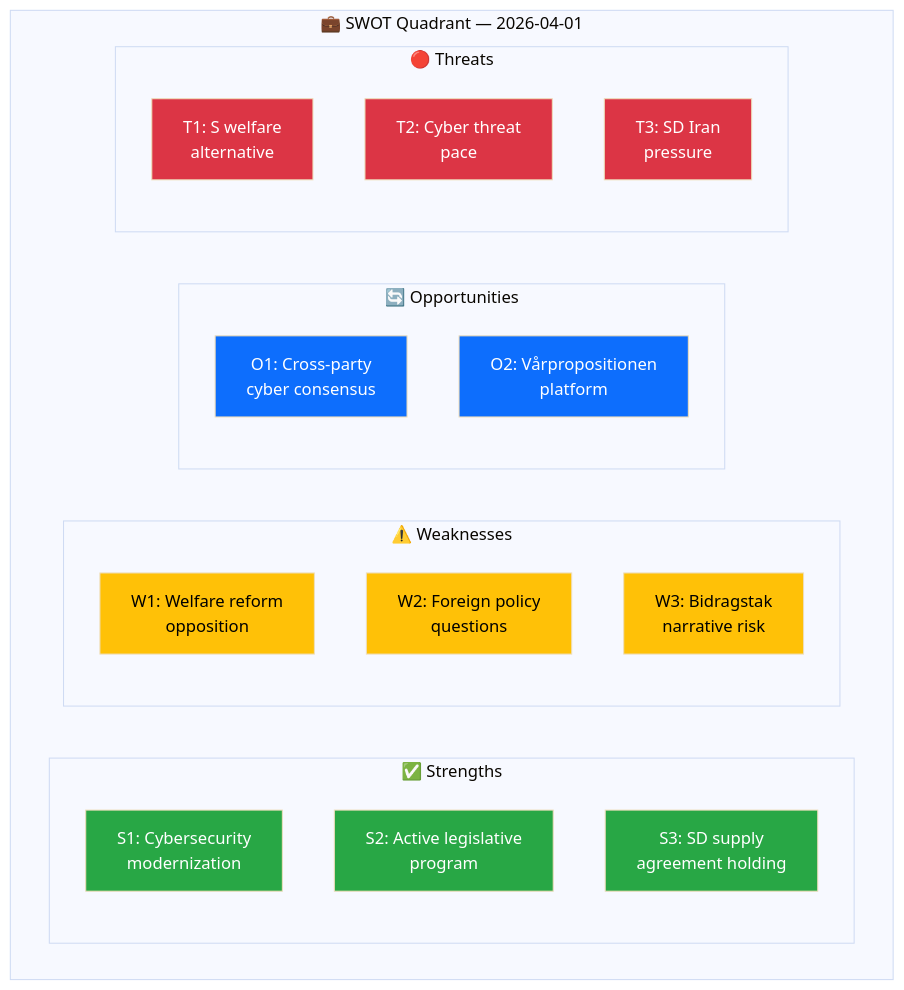
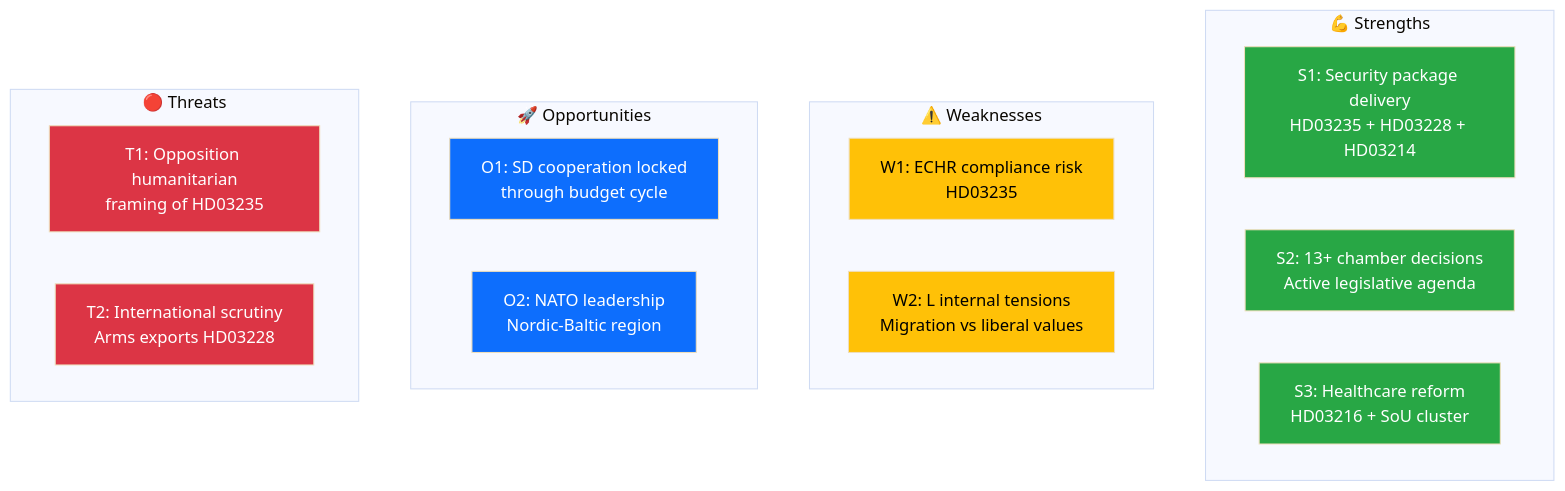
The first of 2 diagrams in analysis/daily/2026-04-01/swot-analysis.md (Hack23/riksdagsmonitor), drawn with Mermaid (base theme) before and after one commit. The commit also changed other lines of this file and 74 other files, not shown here.

First line of the commit message:
📊 Analysis: Security Package & Healthcare Reform - 2026-04-01

````diff
--- a/analysis/daily/2026-04-01/swot-analysis.md
+++ b/analysis/daily/2026-04-01/swot-analysis.md
@@ -66,36 +26,30 @@
 ```mermaid
 graph TD
-    subgraph "💼 SWOT Quadrant — 2026-04-01"
-        subgraph "✅ Strengths"
-            S1["S1: Cybersecurity<br/>modernization"]
-            S2["S2: Active legislative<br/>program"]
-            S3["S3: SD supply<br/>agreement holding"]
-        end
-        subgraph "⚠️ Weaknesses"
-            W1["W1: Welfare reform<br/>opposition"]
-            W2["W2: Foreign policy<br/>questions"]
-            W3["W3: Bidragstak<br/>narrative risk"]
-        end
-        subgraph "🔄 Opportunities"
-            O1["O1: Cross-party<br/>cyber consensus"]
-            O2["O2: Vårpropositionen<br/>platform"]
-        end
-        subgraph "🔴 Threats"
-            T1["T1: S welfare<br/>alternative"]
-            T2["T2: Cyber threat<br/>pace"]
-            T3["T3: SD Iran<br/>pressure"]
-        end
+    subgraph "💪 Strengths"
+        S1["S1: Security package delivery<br/>HD03235 + HD03228 + HD03214"]
+        S2["S2: 13+ chamber decisions<br/>Active legislative agenda"]
+        S3["S3: Healthcare reform<br/>HD03216 + SoU cluster"]
+    end
+    subgraph "⚠️ Weaknesses"
+        W1["W1: ECHR compliance risk<br/>HD03235"]
+        W2["W2: L internal tensions<br/>Migration vs liberal values"]
+    end
+    subgraph "🚀 Opportunities"
+        O1["O1: SD cooperation locked<br/>through budget cycle"]
+        O2["O2: NATO leadership<br/>Nordic-Baltic region"]
+    end
+    subgraph "🔴 Threats"
+        T1["T1: Opposition humanitarian<br/>framing of HD03235"]
+        T2["T2: International scrutiny<br/>Arms exports HD03228"]
     end
 
     style S1 fill:#28a745,color:#fff
     style S2 fill:#28a745,color:#fff
     style S3 fill:#28a745,color:#fff
     style W1 fill:#ffc107,color:#000
     style W2 fill:#ffc107,color:#000
-    style W3 fill:#ffc107,color:#000
     style O1 fill:#0d6efd,color:#fff
     style O2 fill:#0d6efd,color:#fff
     style T1 fill:#dc3545,color:#fff
     style T2 fill:#dc3545,color:#fff
-    style T3 fill:#dc3545,color:#fff
 ```
````
